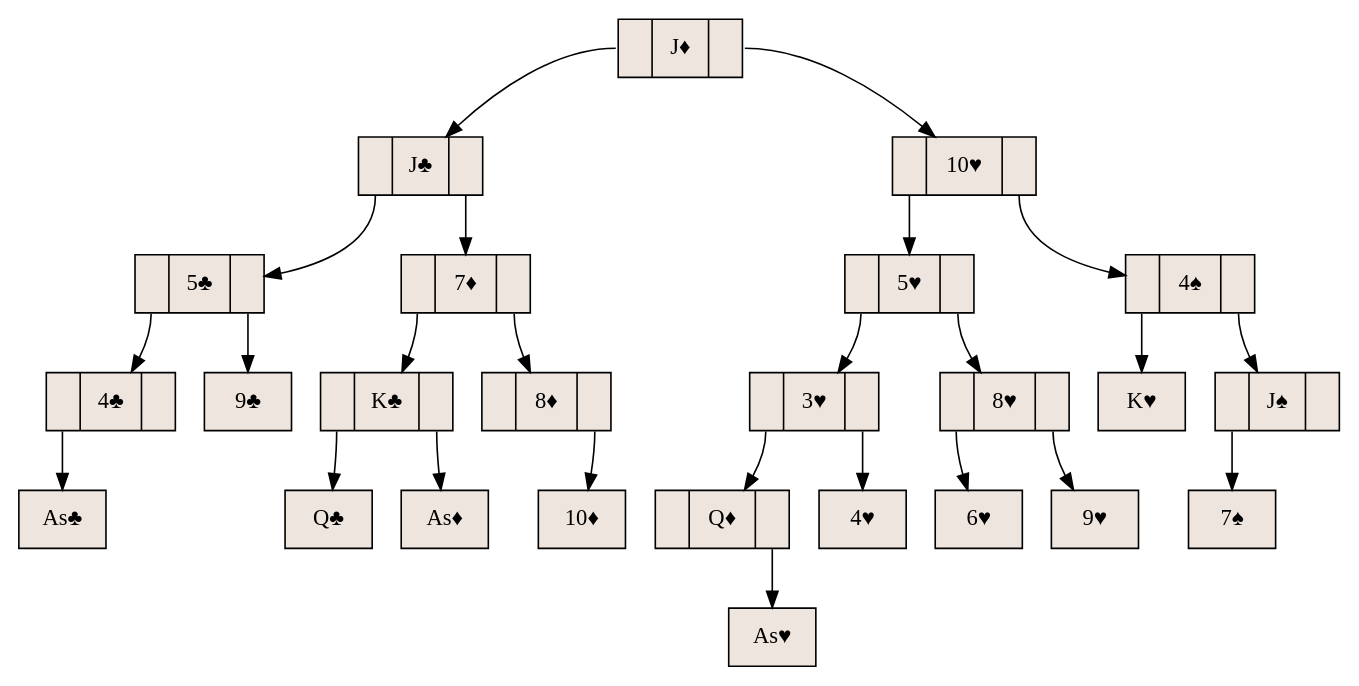
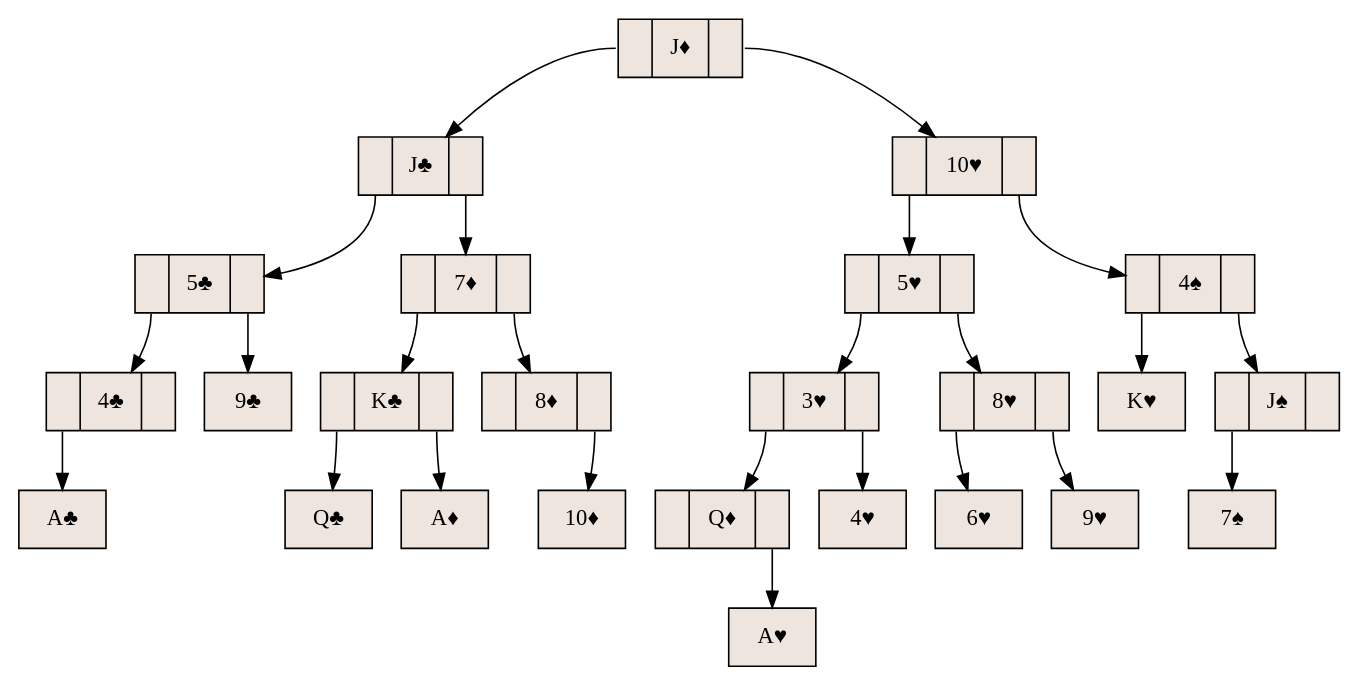
Before and after one commit to DulceLeon/EDD_Pyramid_AVL: the diagram in Pyramid_EDD/AVL.dot, drawn with Graphviz. The commit also changed 2 other files, not shown here.

```diff
--- a/Pyramid_EDD/AVL.dot
+++ b/Pyramid_EDD/AVL.dot
@@ -1,53 +1,53 @@
 digraph grafica{
 rankdir=TB;
 node [shape = record, style=filled, fillcolor=seashell2];
 nodo31 [ label ="<C0>|J♦|<C1>"];
 nodo11 [ label ="<C0>|J♣|<C1>"];
 nodo5 [ label ="<C0>|5♣|<C1>"];
 nodo4 [ label ="<C0>|4♣|<C1>"];
-nodo1 [ label ="As♣"];
+nodo1 [ label ="A♣"];
 nodo4:C0->nodo1
 nodo5:C0->nodo4
 nodo9 [ label ="9♣"];
 nodo5:C1->nodo9
 nodo11:C0->nodo5
 nodo27 [ label ="<C0>|7♦|<C1>"];
 nodo13 [ label ="<C0>|K♣|<C1>"];
 nodo12 [ label ="Q♣"];
 nodo13:C0->nodo12
-nodo21 [ label ="As♦"];
+nodo21 [ label ="A♦"];
 nodo13:C1->nodo21
 nodo27:C0->nodo13
 nodo28 [ label ="<C0>|8♦|<C1>"];
 nodo30 [ label ="10♦"];
 nodo28:C1->nodo30
 nodo27:C1->nodo28
 nodo11:C1->nodo27
 nodo31:C0->nodo11
 nodo50 [ label ="<C0>|10♥|<C1>"];
 nodo45 [ label ="<C0>|5♥|<C1>"];
 nodo43 [ label ="<C0>|3♥|<C1>"];
 nodo32 [ label ="<C0>|Q♦|<C1>"];
-nodo41 [ label ="As♥"];
+nodo41 [ label ="A♥"];
 nodo32:C1->nodo41
 nodo43:C0->nodo32
 nodo44 [ label ="4♥"];
 nodo43:C1->nodo44
 nodo45:C0->nodo43
 nodo48 [ label ="<C0>|8♥|<C1>"];
 nodo46 [ label ="6♥"];
 nodo48:C0->nodo46
 nodo49 [ label ="9♥"];
 nodo48:C1->nodo49
 nodo45:C1->nodo48
 nodo50:C0->nodo45
 nodo64 [ label ="<C0>|4♠|<C1>"];
 nodo53 [ label ="K♥"];
 nodo64:C0->nodo53
 nodo71 [ label ="<C0>|J♠|<C1>"];
 nodo67 [ label ="7♠"];
 nodo71:C0->nodo67
 nodo64:C1->nodo71
 nodo50:C1->nodo64
 nodo31:C1->nodo50
 }
```
